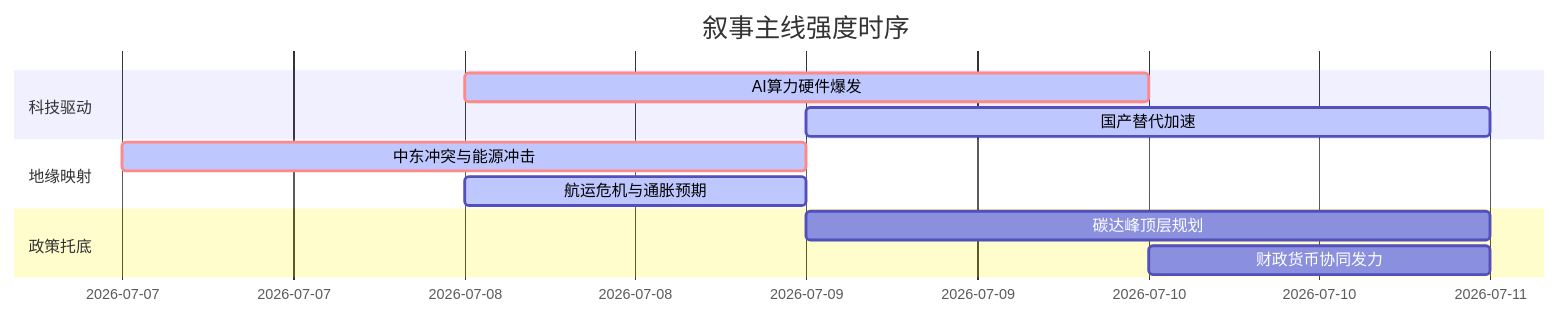
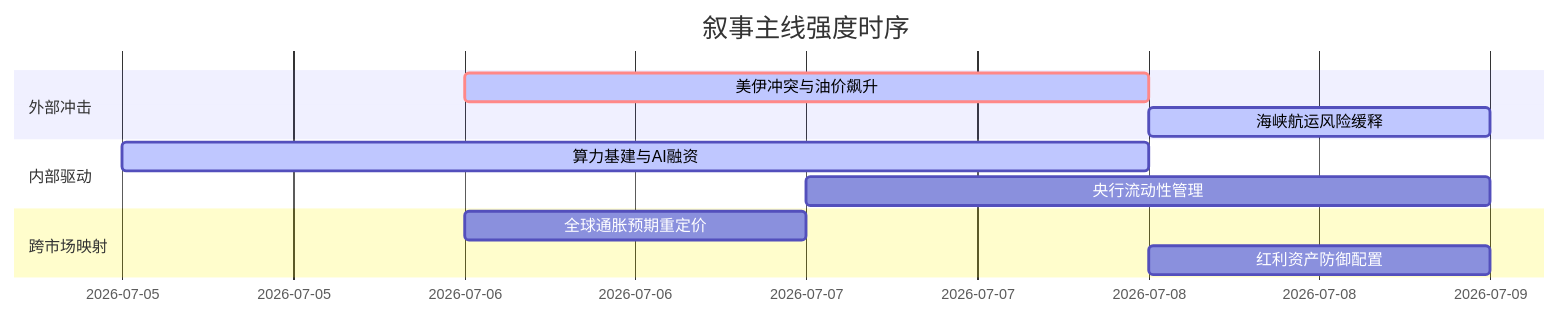
The diagram in 5day_report.md (uu5zn/uu5zn.github.io), drawn with Mermaid before and after one commit. The commit also changed other lines of this file and 24 other files, not shown here.

````diff
--- a/5day_report.md
+++ b/5day_report.md
@@ -55,16 +56,16 @@
 ```mermaid
 gantt
     title 叙事主线强度时序
     dateFormat  YYYY-MM-DD
-    section 科技驱动
-    AI算力硬件爆发   :crit, active, 2026-07-08, 2d
-    国产替代加速     :active, 2026-07-09, 2d
+    section 外部冲击
+    美伊冲突与油价飙升   :crit, active, 2026-07-06, 2d
+    海峡航运风险缓释   :active, 2026-07-08, 1d
     
-    section 地缘映射
-    中东冲突与能源冲击   :crit, active, 2026-07-07, 2d
-    航运危机与通胀预期   :active, 2026-07-08, 1d
+    section 内部驱动
+    算力基建与AI融资   :active, 2026-07-05, 3d
+    央行流动性管理   :2026-07-07, 2d
     
-    section 政策托底
-    碳达峰顶层规划       :2026-07-09, 2d
-    财政货币协同发力     :2026-07-10, 1d
+    section 跨市场映射
+    全球通胀预期重定价   :2026-07-06, 1d
+    红利资产防御配置   :2026-07-08, 1d
 ```
````
